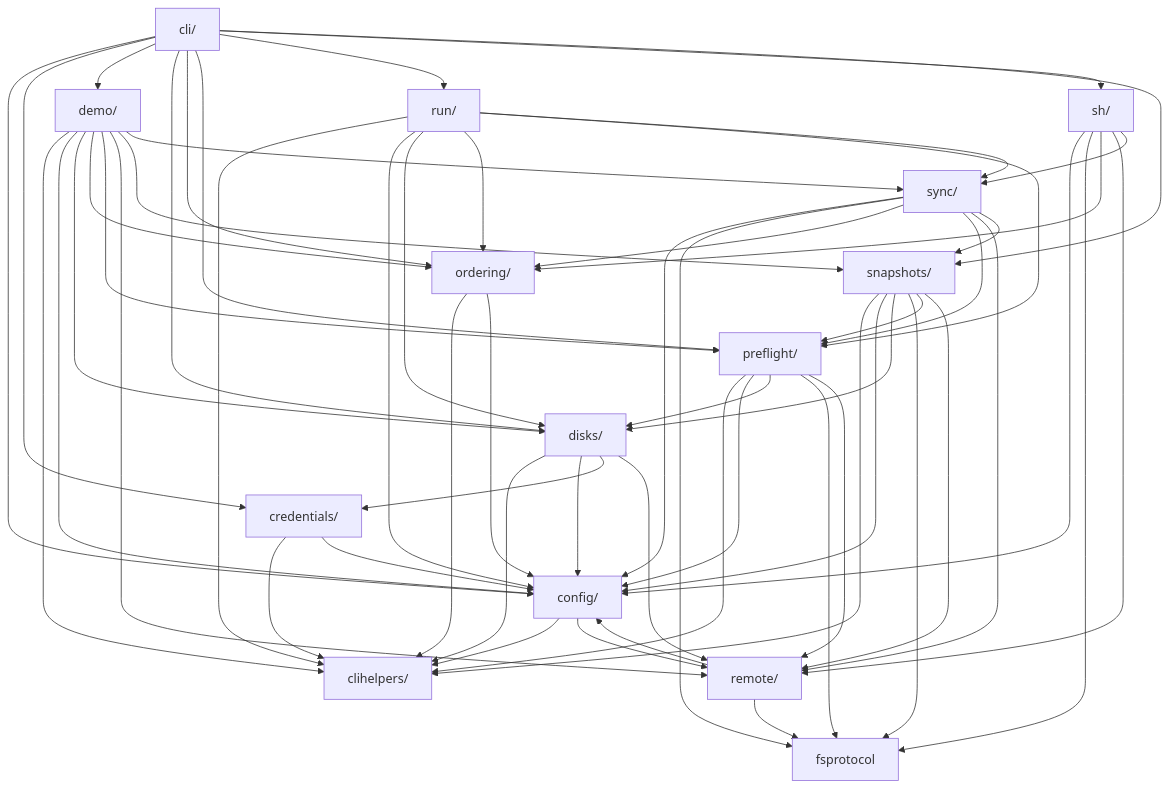
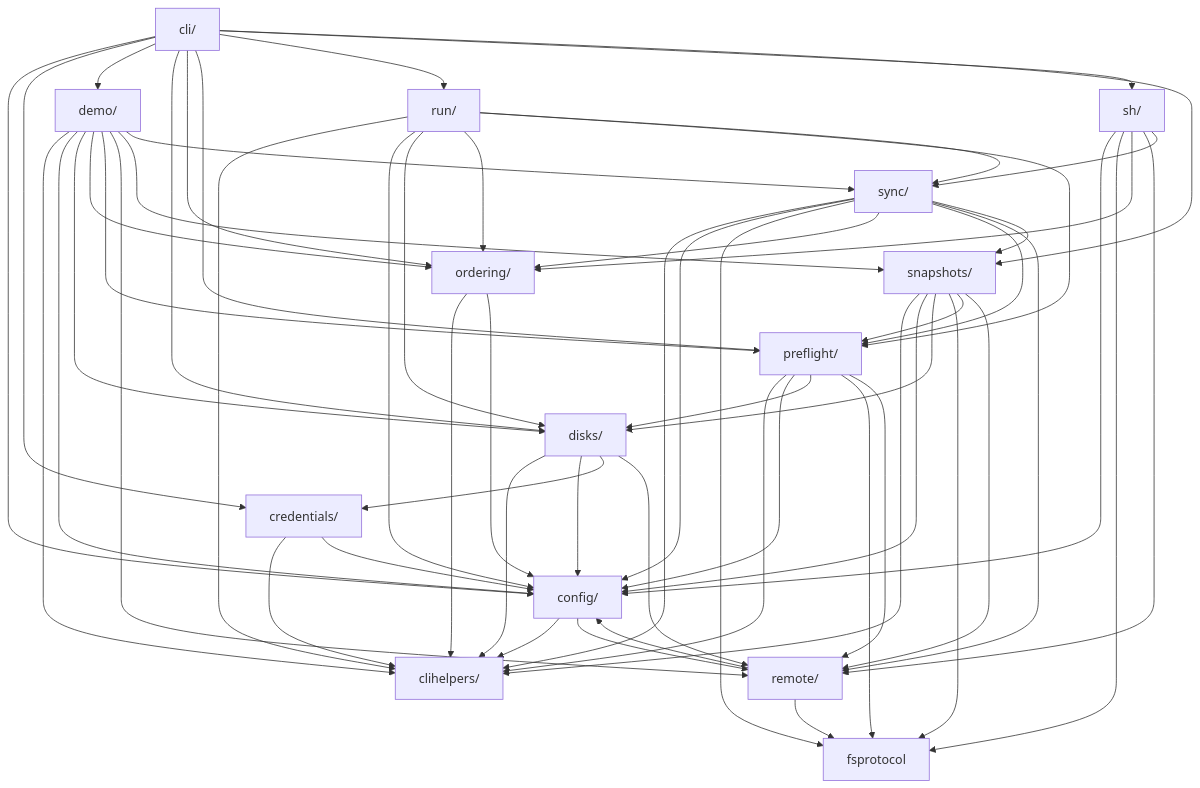
The diagram in docs/architecture.md (iglootools/nbkp), drawn with Mermaid before and after one commit. The commit also changed 29 other files, not shown here.

````diff
--- a/docs/architecture.md
+++ b/docs/architecture.md
@@ -11,75 +11,76 @@
 ```mermaid
 graph TD
     cli["cli/"]
     clihelpers["clihelpers/"]
     config["config/"]
     credentials["credentials/"]
     demo["demo/"]
     disks["disks/"]
     fsprotocol["fsprotocol"]
     ordering["ordering/"]
     preflight["preflight/"]
     remote["remote/"]
     run["run/"]
     sh["sh/"]
     snapshots["snapshots/"]
     sync["sync/"]
 
     cli --> config
     cli --> credentials
     cli --> demo
     cli --> disks
     cli --> ordering
     cli --> preflight
     cli --> run
     cli --> sh
     cli --> snapshots
     config --> clihelpers
     config --> remote
     credentials --> clihelpers
     credentials --> config
     demo --> clihelpers
     demo --> config
     demo --> disks
     demo --> ordering
     demo --> preflight
     demo --> remote
     demo --> snapshots
     demo --> sync
     disks --> clihelpers
     disks --> config
     disks --> credentials
     disks --> remote
     ordering --> clihelpers
     ordering --> config
     preflight --> clihelpers
     preflight --> config
     preflight --> disks
     preflight --> fsprotocol
     preflight --> remote
     remote --> config
     remote --> fsprotocol
     run --> clihelpers
     run --> config
     run --> disks
     run --> ordering
     run --> preflight
     run --> sync
     sh --> config
     sh --> fsprotocol
     sh --> ordering
     sh --> remote
     sh --> sync
     snapshots --> clihelpers
     snapshots --> config
     snapshots --> disks
     snapshots --> fsprotocol
     snapshots --> preflight
     snapshots --> remote
+    sync --> clihelpers
     sync --> config
     sync --> fsprotocol
     sync --> ordering
     sync --> preflight
     sync --> remote
     sync --> snapshots
 ```
````
